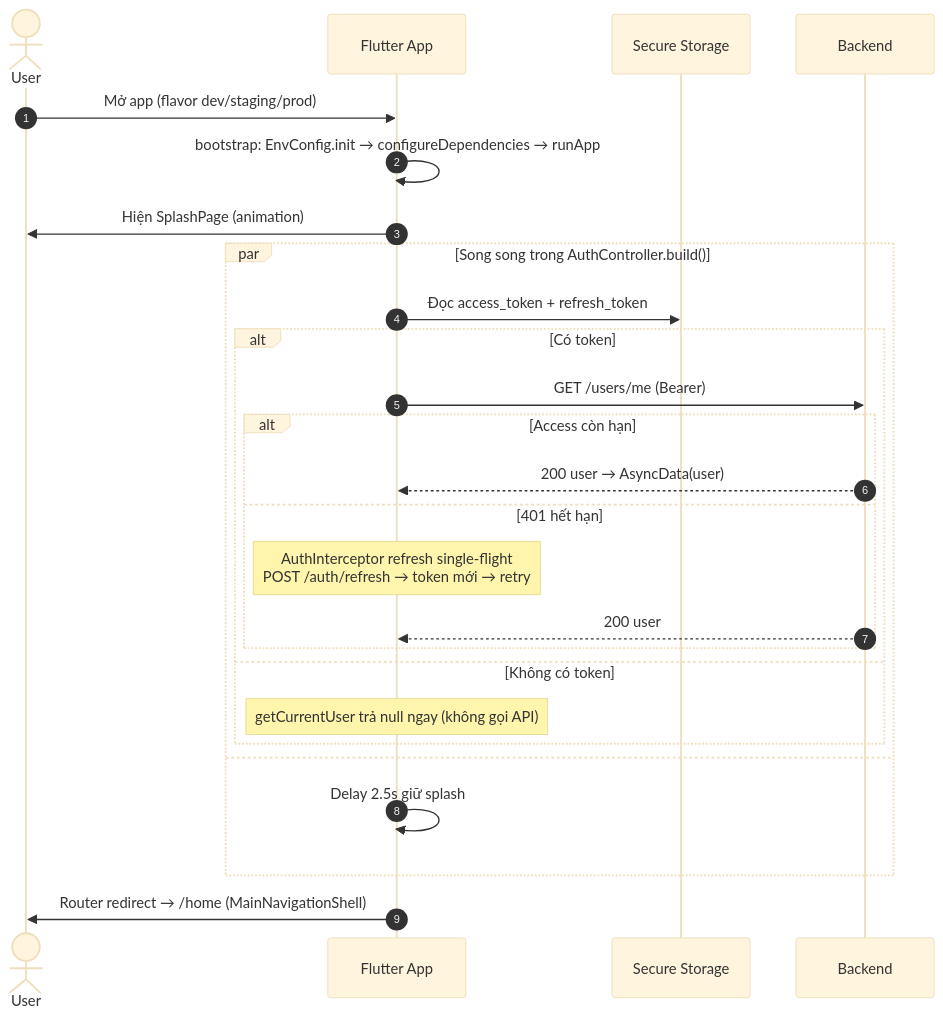
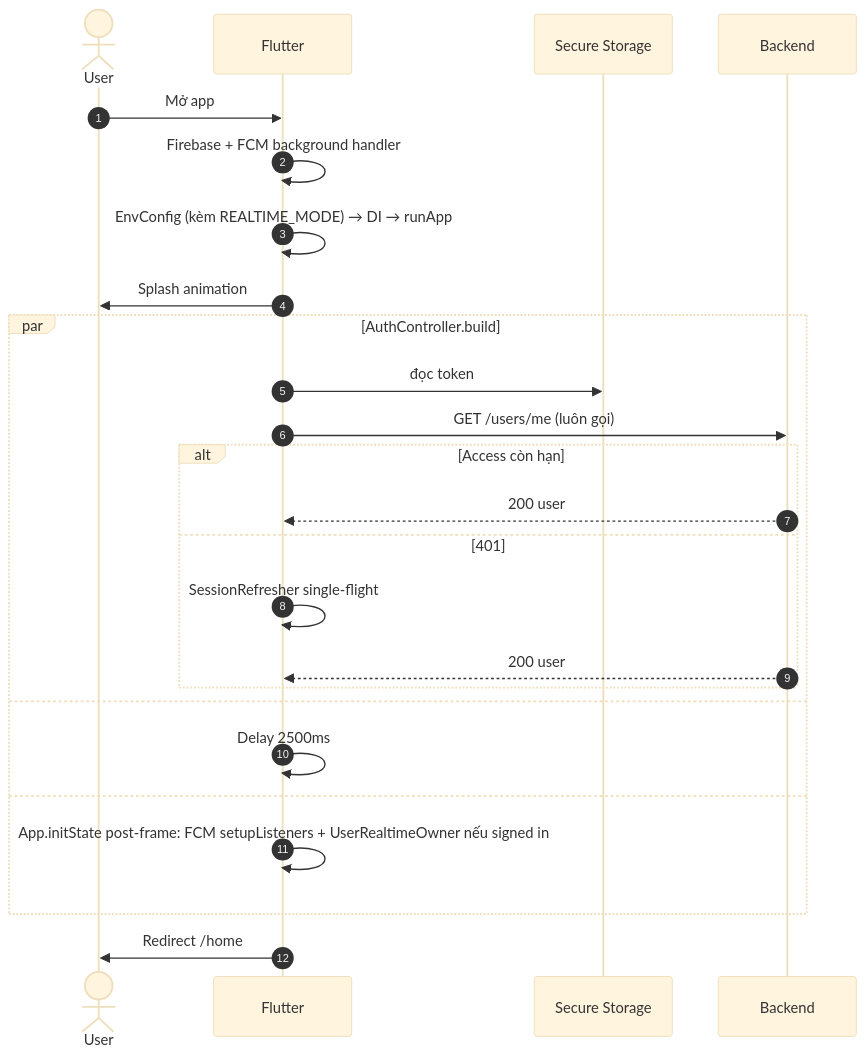
The first of 6 diagrams in flow/07-app-startup-network.md (FintechVSF-Tranning/PaySplit-RP), drawn with Mermaid (base theme) before and after one commit. The commit also changed other lines of this file and 8 other files, not shown here.

First line of the commit message:
feat: implement realtime event channel for user sessions with SSE

````diff
--- a/flow/07-app-startup-network.md
+++ b/flow/07-app-startup-network.md
@@ -53,29 +101,28 @@
 ```mermaid
 sequenceDiagram
     autonumber
     actor U as User
-    participant FE as Flutter App
+    participant FE as Flutter
     participant SS as Secure Storage
     participant BE as Backend
 
-    U->>FE: Mở app (flavor dev/staging/prod)
-    FE->>FE: bootstrap: EnvConfig.init → configureDependencies → runApp
-    FE->>U: Hiện SplashPage (animation)
-    par Song song trong AuthController.build()
-        FE->>SS: Đọc access_token + refresh_token
-        alt Có token
-            FE->>BE: GET /users/me (Bearer)
-            alt Access còn hạn
-                BE-->>FE: 200 user → AsyncData(user)
-            else 401 hết hạn
-                Note over FE: AuthInterceptor refresh single-flight<br/>POST /auth/refresh → token mới → retry
-                BE-->>FE: 200 user
-            end
-        else Không có token
-            Note over FE: getCurrentUser trả null ngay (không gọi API)
+    U->>FE: Mở app
+    FE->>FE: Firebase + FCM background handler
+    FE->>FE: EnvConfig (kèm REALTIME_MODE) → DI → runApp
+    FE->>U: Splash animation
+    par AuthController.build
+        FE->>SS: đọc token
+        FE->>BE: GET /users/me (luôn gọi)
+        alt Access còn hạn
+            BE-->>FE: 200 user
+        else 401
+            FE->>FE: SessionRefresher single-flight
+            BE-->>FE: 200 user
         end
     and
-        FE->>FE: Delay 2.5s giữ splash
+        FE->>FE: Delay 2500ms
+    and
+        FE->>FE: App.initState post-frame: FCM setupListeners + UserRealtimeOwner nếu signed in
     end
-    FE->>U: Router redirect → /home (MainNavigationShell)
+    FE->>U: Redirect /home
 ```
````
